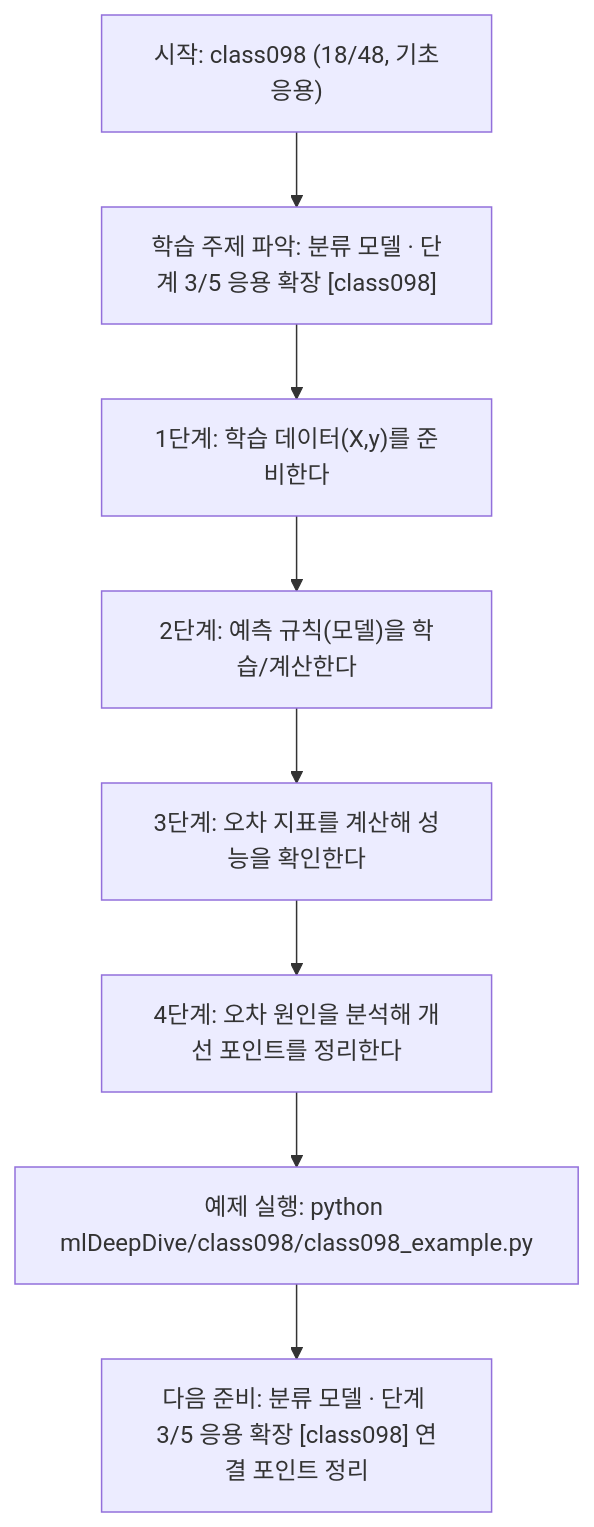
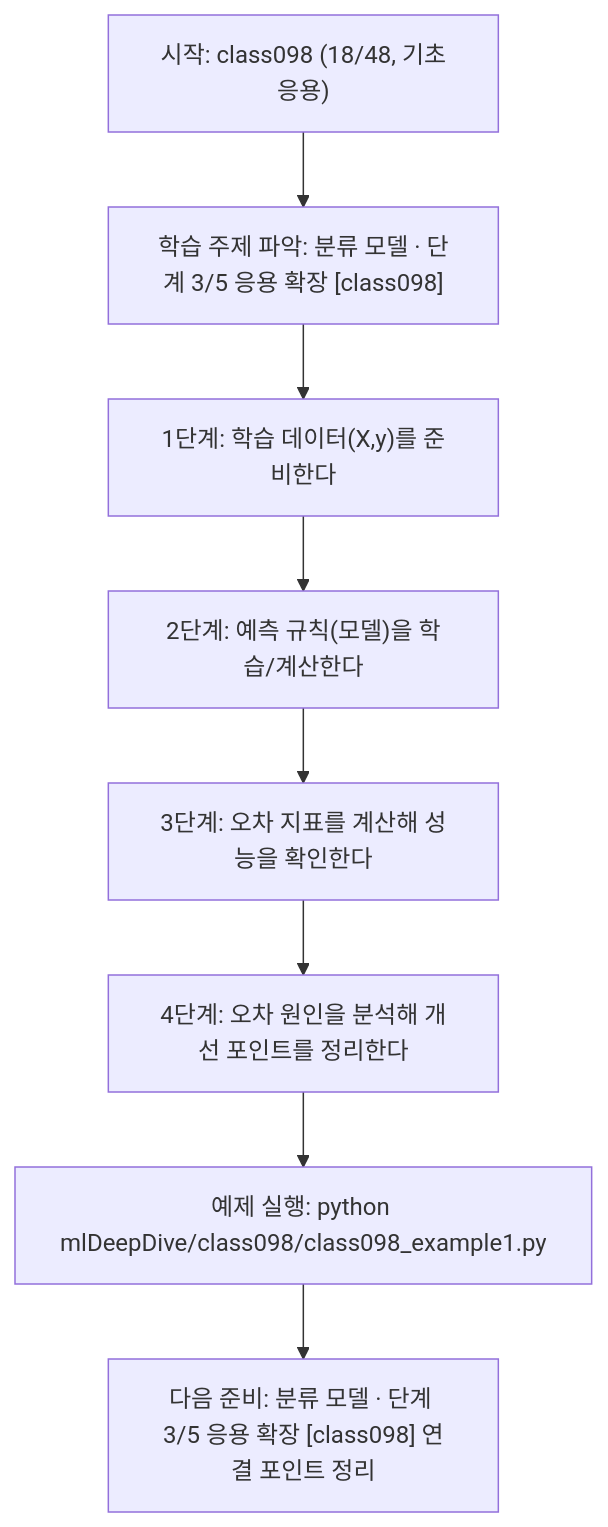
Before and after one commit to edumgt/Python-AI_Agent-Class: the diagram in mlDeepDive/class098/class098.md, drawn with Mermaid. The commit also changed other lines of this file and 2959 other files, not shown here.

````diff
--- a/mlDeepDive/class098/class098.md
+++ b/mlDeepDive/class098/class098.md
@@ -109,18 +109,18 @@
 ```mermaid
 flowchart TD
 N1["시작: class098 (18/48, 기초응용)"]
 N2["학습 주제 파악: 분류 모델 · 단계 3/5 응용 확장 [class098]"]
 N3["1단계: 학습 데이터(X,y)를 준비한다"]
 N4["2단계: 예측 규칙(모델)을 학습/계산한다"]
 N5["3단계: 오차 지표를 계산해 성능을 확인한다"]
 N6["4단계: 오차 원인을 분석해 개선 포인트를 정리한다"]
-N7["예제 실행: python mlDeepDive/class098/class098_example.py"]
+N7["예제 실행: python mlDeepDive/class098/class098_example1.py"]
 N8["다음 준비: 분류 모델 · 단계 3/5 응용 확장 [class098] 연결 포인트 정리"]
 N1 --> N2
 N2 --> N3
 N3 --> N4
 N4 --> N5
 N5 --> N6
 N6 --> N7
 N7 --> N8
 ```
````
